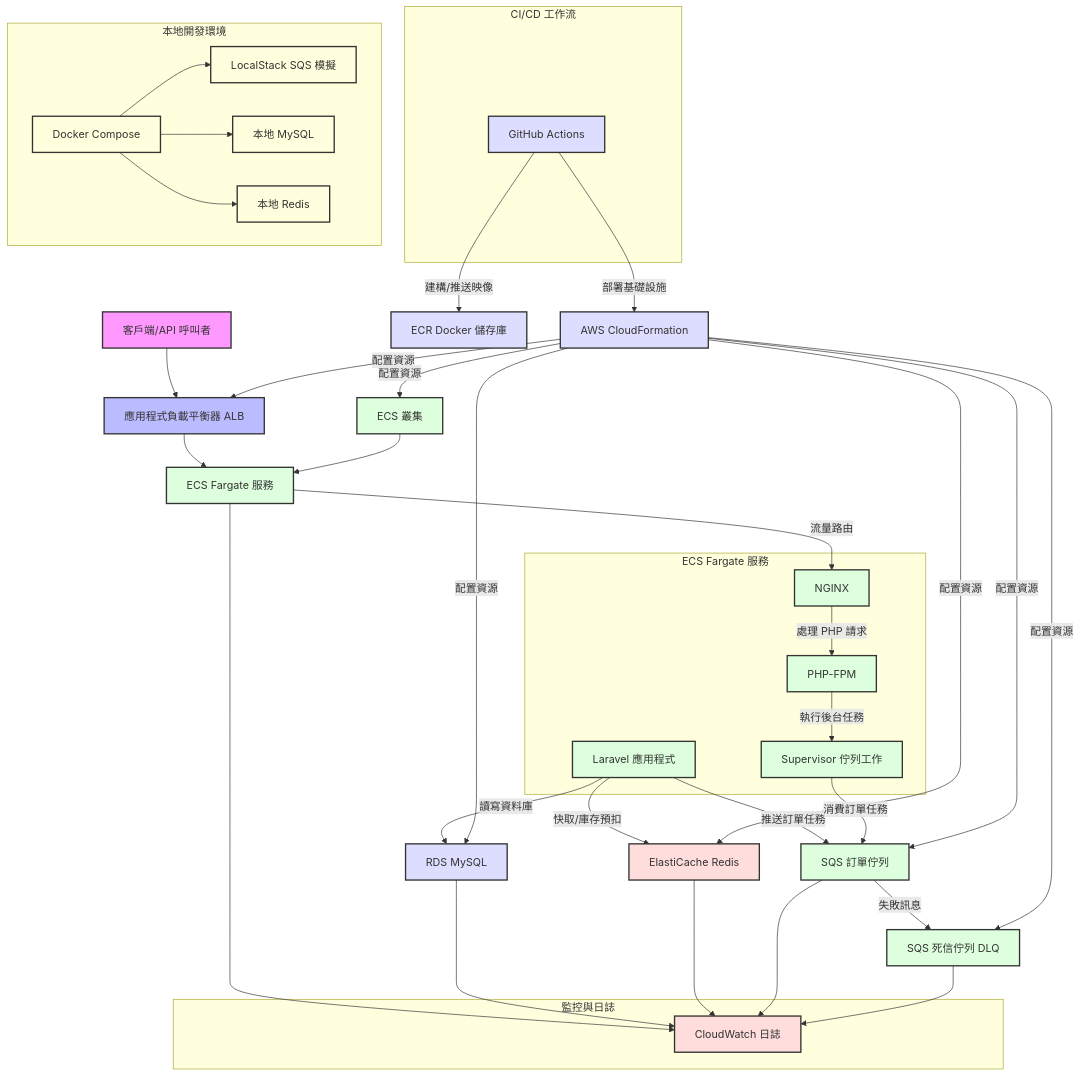
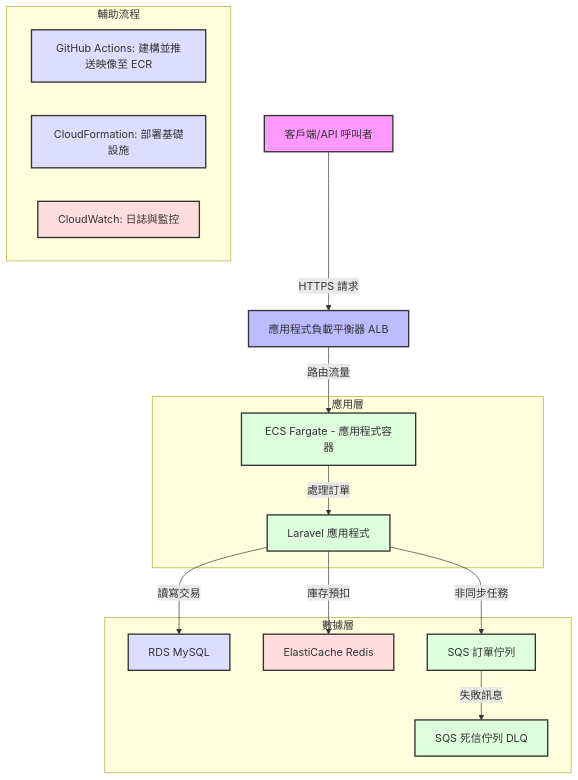
The diagram in README.md (BpsEason/HighConcurrencyECommerceAPI), drawn with Mermaid before and after one commit. The commit also changed other lines of this file, not shown here.

````diff
--- a/README.md
+++ b/README.md
@@ -34,79 +33,34 @@
 ```mermaid
 graph TD
-    A[客戶端/API 呼叫者] --> B[應用程式負載平衡器 ALB]
-    B --> C[ECS Fargate 服務]
-    
-    subgraph ECS Fargate 服務
-        D[Laravel 應用程式]
-        E[NGINX]
-        F[PHP-FPM]
-        G[Supervisor 佇列工作]
+    A[客戶端/API 呼叫者] -->|HTTPS 請求| B[應用程式負載平衡器 ALB]
+    B -->|路由流量| C[ECS Fargate - 應用程式容器]
+
+    subgraph 應用層
+        C -->|處理訂單| D[Laravel 應用程式]
     end
-    
-    C -->|流量路由| E
-    E -->|處理 PHP 請求| F
-    F -->|執行後台任務| G
-    D -->|讀寫資料庫| H[RDS MySQL]
-    D -->|快取/庫存預扣| I[ElastiCache Redis]
-    D -->|推送訂單任務| J[SQS 訂單佇列]
-    G -->|消費訂單任務| J
-    J -->|失敗訊息| K[SQS 死信佇列 DLQ]
-    
-    subgraph CI/CD 工作流
-        P[GitHub Actions]
+
+    subgraph 數據層
+        D -->|讀寫交易| H[RDS MySQL]
+        D -->|庫存預扣| I[ElastiCache Redis]
+        D -->|非同步任務| J[SQS 訂單佇列]
+        J -->|失敗訊息| K[SQS 死信佇列 DLQ]
     end
-    
-    P -->|建構/推送映像| Q[ECR Docker 儲存庫]
-    P -->|部署基礎設施| R[AWS CloudFormation]
-    
-    R -->|配置資源| H
-    R -->|配置資源| I
-    R -->|配置資源| J
-    R -->|配置資源| K
-    R -->|配置資源| S[ECS 叢集]
-    R -->|配置資源| B
-    
-    S --> C
-    
-    subgraph 監控與日誌
-        T[CloudWatch 日誌]
+
+    subgraph CI/CD 與監控 [輔助流程]
+        P[GitHub Actions: 建構並推送映像至 ECR]
+        R[CloudFormation: 部署基礎設施]
+        T[CloudWatch: 日誌與監控]
     end
-    
-    C --> T
-    H --> T
-    I --> T
-    J --> T
-    K --> T
-    
-    subgraph 本地開發環境
-        L[Docker Compose]
-        M[LocalStack SQS 模擬]
-        N[本地 MySQL]
-        O[本地 Redis]
-    end
-    
-    L --> M
-    L --> N
-    L --> O
 
     style A fill:#f9f,stroke:#333,stroke-width:2px
     style B fill:#bbf,stroke:#333,stroke-width:2px
     style C fill:#dfd,stroke:#333,stroke-width:2px
     style D fill:#dfd,stroke:#333,stroke-width:2px
-    style E fill:#dfd,stroke:#333,stroke-width:2px
-    style F fill:#dfd,stroke:#333,stroke-width:2px
-    style G fill:#dfd,stroke:#333,stroke-width:2px
     style H fill:#ddf,stroke:#333,stroke-width:2px
     style I fill:#fdd,stroke:#333,stroke-width:2px
     style J fill:#dfd,stroke:#333,stroke-width:2px
     style K fill:#dfd,stroke:#333,stroke-width:2px
-    style L fill:#ffd,stroke:#333,stroke-width:2px
-    style M fill:#ffd,stroke:#333,stroke-width:2px
-    style N fill:#ffd,stroke:#333,stroke-width:2px
-    style O fill:#ffd,stroke:#333,stroke-width:2px
     style P fill:#ddf,stroke:#333,stroke-width:2px
-    style Q fill:#ddf,stroke:#333,stroke-width:2px
     style R fill:#ddf,stroke:#333,stroke-width:2px
-    style S fill:#dfd,stroke:#333,stroke-width:2px
     style T fill:#fdd,stroke:#333,stroke-width:2px
 ```
````
